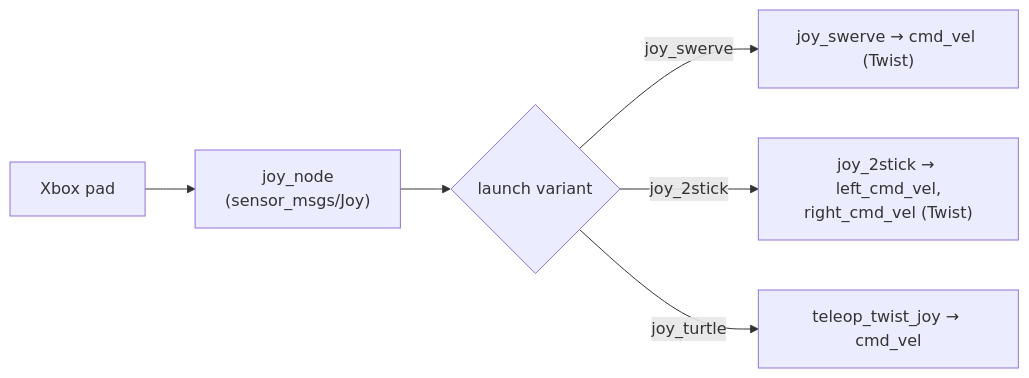
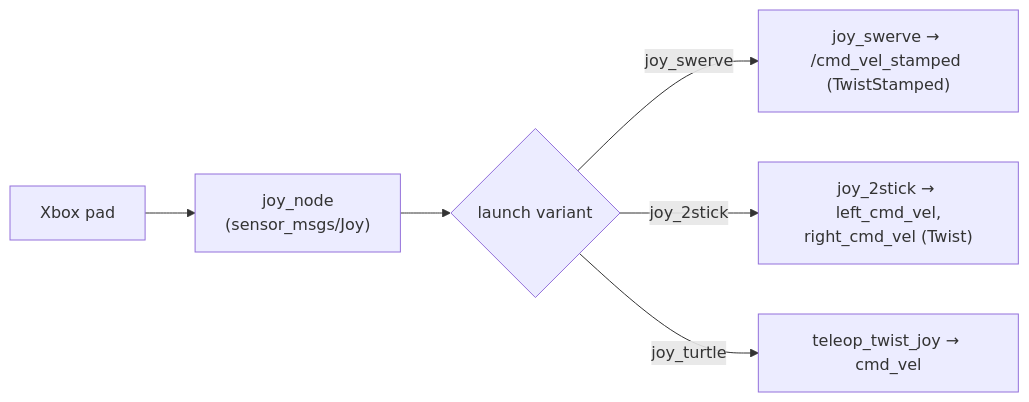
The diagram in warrior_joy/README.md (waynerobotics/Warrior_2026), drawn with Mermaid before and after one commit. The commit also changed other lines of this file and 31 other files, not shown here.

````diff
--- a/warrior_joy/README.md
+++ b/warrior_joy/README.md
@@ -6,8 +6,8 @@
 ```mermaid
 flowchart LR
     PAD["Xbox pad"] --> JOY["joy_node<br/>(sensor_msgs/Joy)"]
     JOY --> MUX{launch variant}
-    MUX -->|joy_swerve| SW["joy_swerve → cmd_vel (Twist)"]
+    MUX -->|joy_swerve| SW["joy_swerve → /cmd_vel_stamped (TwistStamped)"]
     MUX -->|joy_2stick| DS["joy_2stick → left_cmd_vel,<br/>right_cmd_vel (Twist)"]
     MUX -->|joy_turtle| TT["teleop_twist_joy → cmd_vel"]
 ```
````
